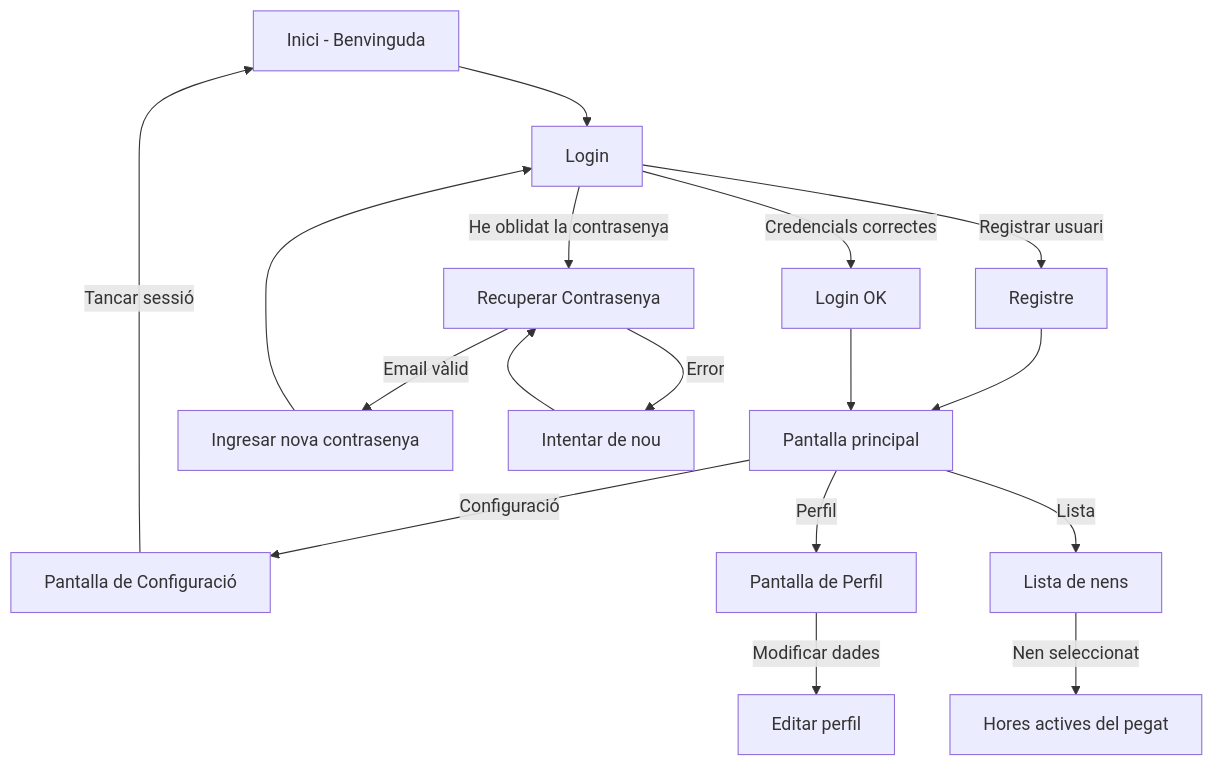
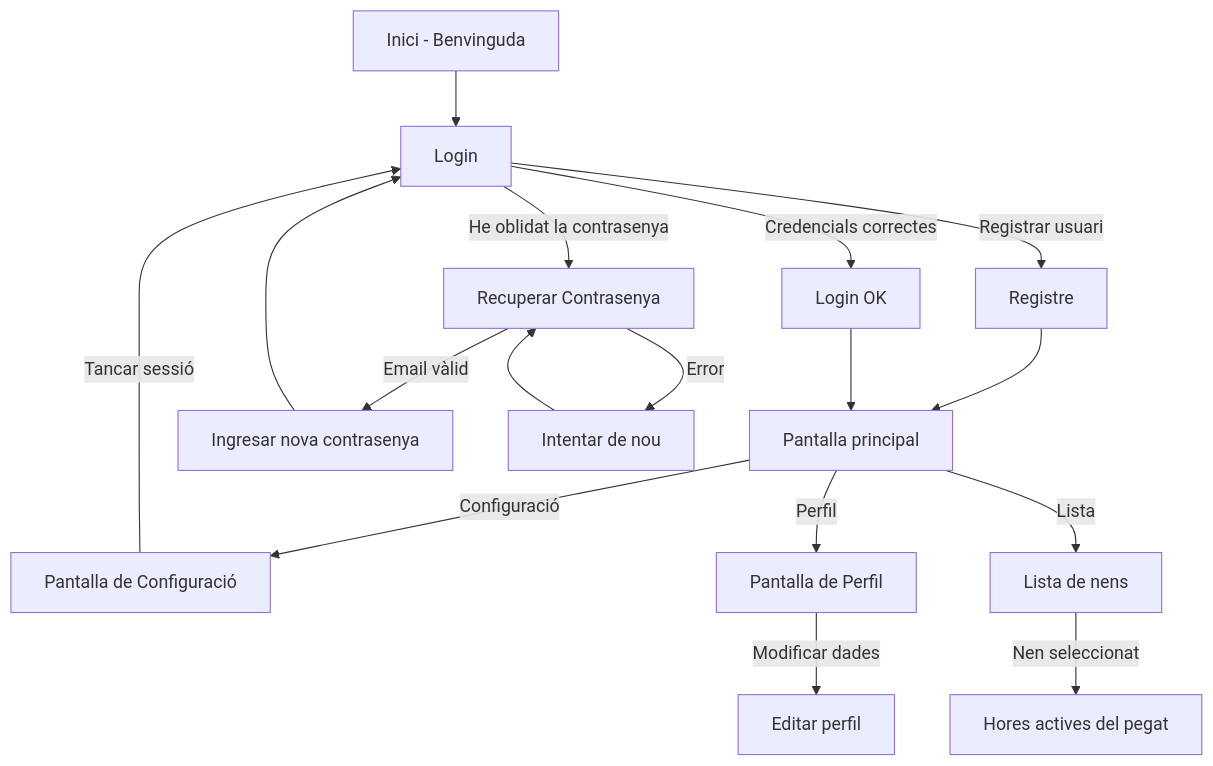
One commit to dmontes901/TapatApp changed the diagram in charts/diagramaNavegacio.mmd. Above: the diagram before and after it, drawn with Mermaid.

```diff
--- a/charts/diagramaNavegacio.mmd
+++ b/charts/diagramaNavegacio.mmd
@@ -1,18 +1,18 @@
 flowchart TD;
     A["Inici - Benvinguda"] --> B["Login"];
     B -->|Registrar usuari| C["Registre"];
     C --> E["Pantalla principal"];
     B -->|Credencials correctes| D["Login OK "];
 
     
     D --> E["Pantalla principal"];
     E -->|Configuració| G["Pantalla de Configuració"];
-    G -->|Tancar sessió|A
+    G -->|Tancar sessió|B
     E -->|Perfil| F["Pantalla de Perfil"];
     F -->|Modificar dades|L["Editar perfil"];
     E -->|Lista|J["Lista de nens"];
     J -->|Nen seleccionat|K["Hores actives del pegat"];
     
     B -->|He oblidat la contrasenya| H["Recuperar Contrasenya"];
     H -->|Email vàlid| I["Ingresar nova contrasenya"] --> B;
     H -->|Error| H1["Intentar de nou"] --> H;
```
